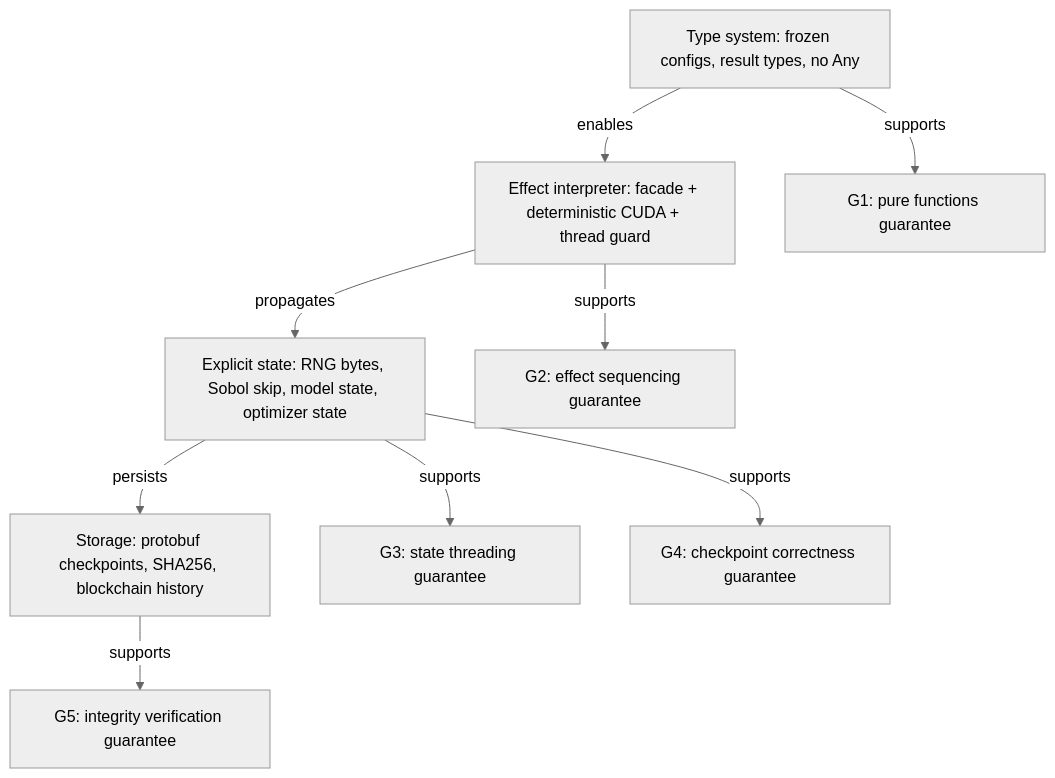
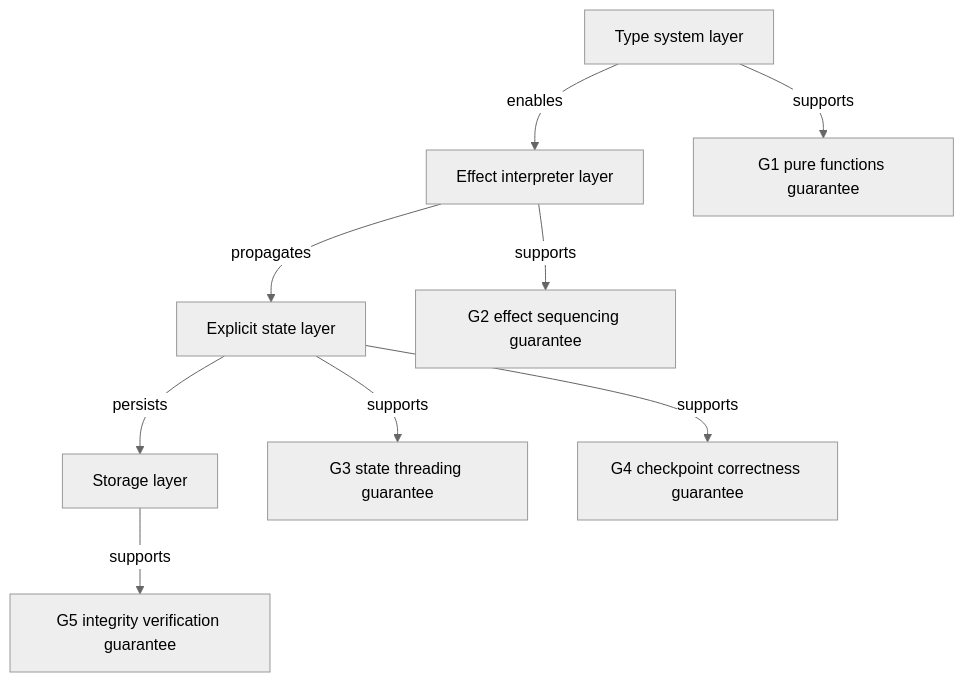
Before and after one commit to Tuee22/SpectralMC: the fifth of 5 diagrams in documents/engineering/reproducibility_proofs.md, drawn with Mermaid (neutral theme). The commit also changed other lines of this file and 29 other files, not shown here.

````diff
--- a/documents/engineering/reproducibility_proofs.md
+++ b/documents/engineering/reproducibility_proofs.md
@@ -432,21 +432,21 @@
 ```mermaid
 flowchart TB
-    TypeLayer[Type system: frozen configs, result types, no Any]
-    EffectLayer[Effect interpreter: facade + deterministic CUDA + thread guard]
-    StateLayer[Explicit state: RNG bytes, Sobol skip, model state, optimizer state]
-    StorageLayer[Storage: protobuf checkpoints, SHA256, blockchain history]
-    G1[G1: pure functions guarantee]
-    G2[G2: effect sequencing guarantee]
-    G3[G3: state threading guarantee]
-    G4[G4: checkpoint correctness guarantee]
-    G5[G5: integrity verification guarantee]
+    TypeLayer[Type system layer]
+    EffectLayer[Effect interpreter layer]
+    StateLayer[Explicit state layer]
+    StorageLayer[Storage layer]
+    G1[G1 pure functions guarantee]
+    G2[G2 effect sequencing guarantee]
+    G3[G3 state threading guarantee]
+    G4[G4 checkpoint correctness guarantee]
+    G5[G5 integrity verification guarantee]
 
     TypeLayer -->|enables| EffectLayer
     EffectLayer -->|propagates| StateLayer
     StateLayer -->|persists| StorageLayer
     TypeLayer -->|supports| G1
     EffectLayer -->|supports| G2
     StateLayer -->|supports| G3
     StateLayer -->|supports| G4
     StorageLayer -->|supports| G5
 ```
````
